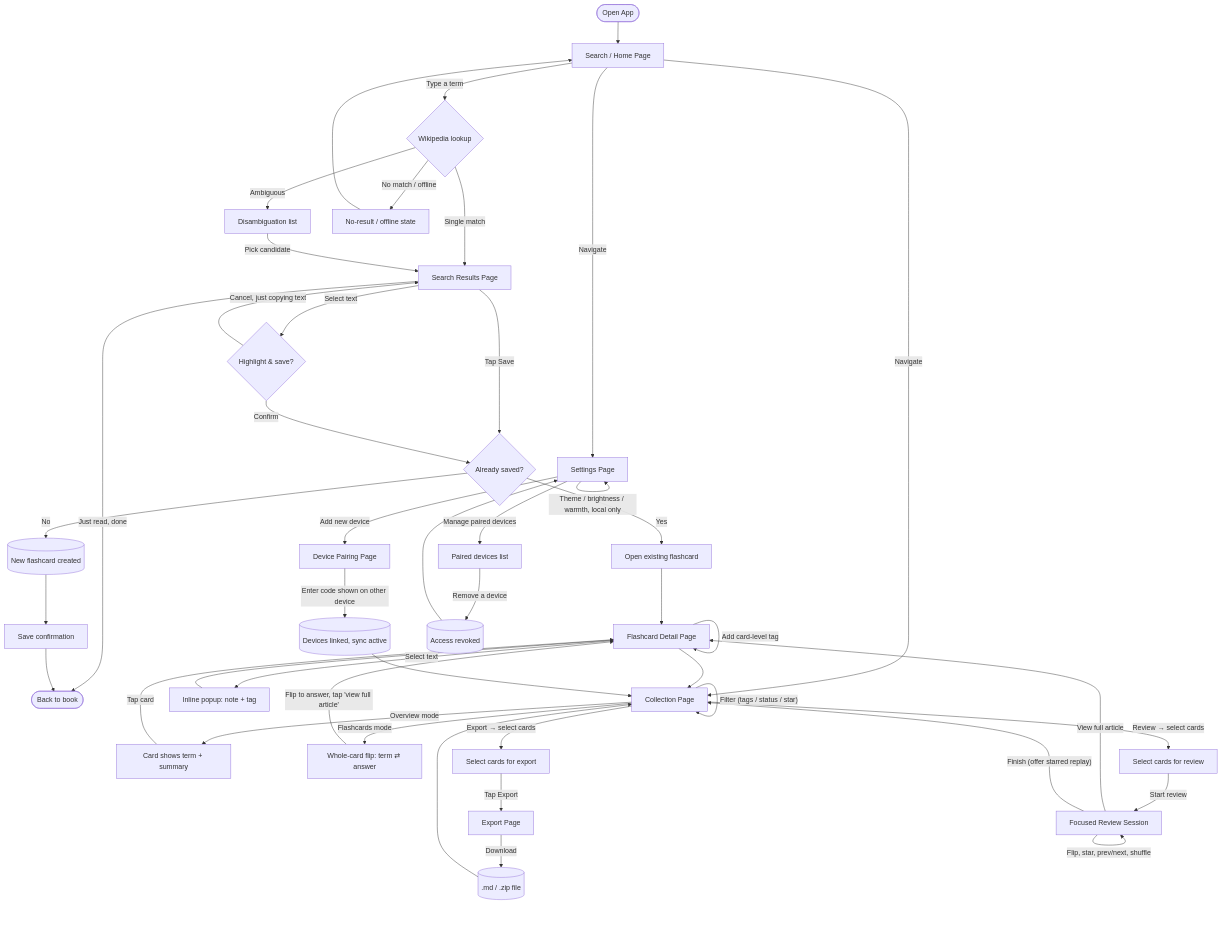
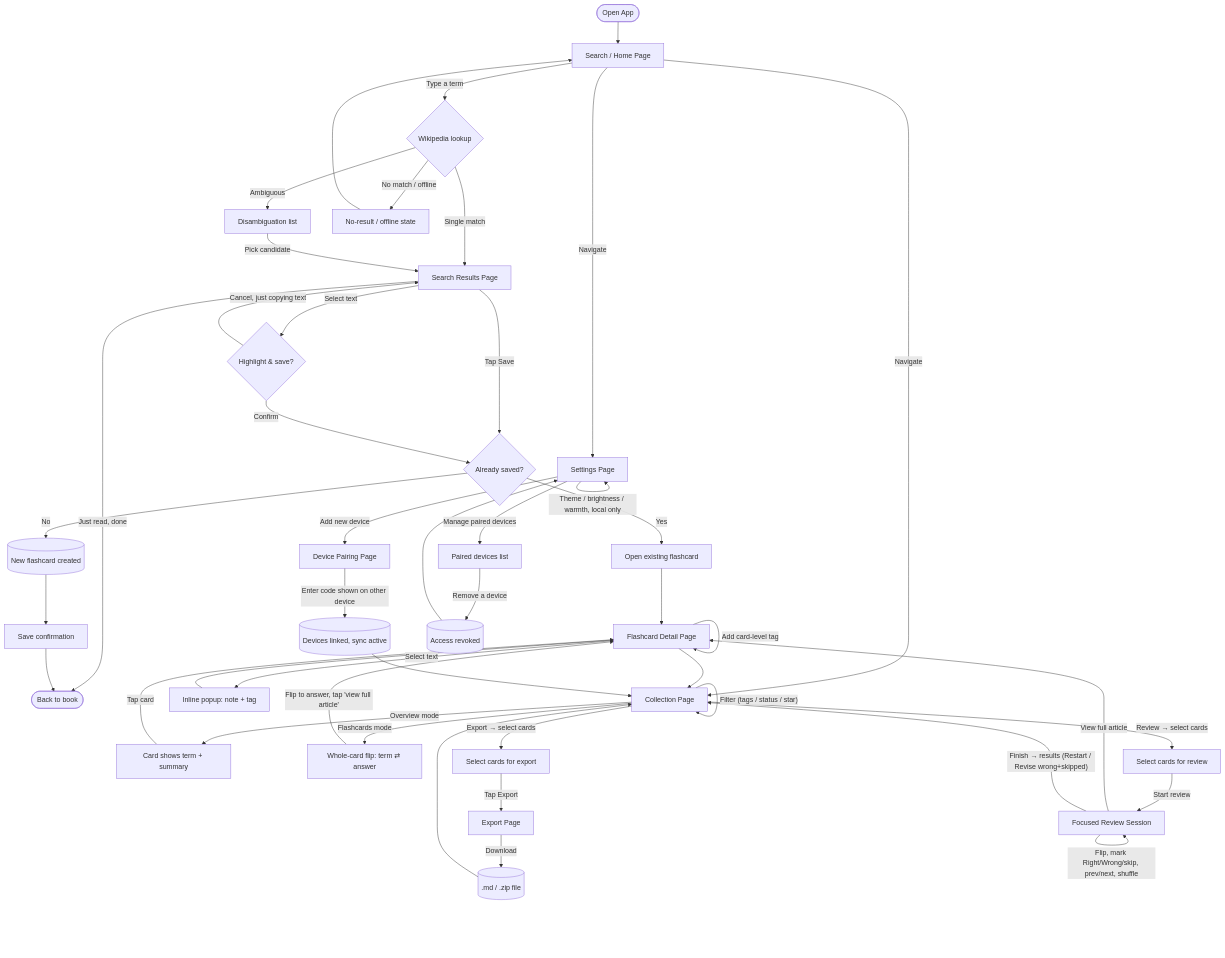
Before and after one commit to iloveexo159-bot/glossary: the diagram in PRD_WikiSearch_MVP.md, drawn with Mermaid. The commit also changed other lines of this file and 2 other files, not shown here.

First line of the commit message:
docs: sync design + PRD to app changes (inline save editor, review verdicts + results, whole-card flip)

````diff
--- a/PRD_WikiSearch_MVP.md
+++ b/PRD_WikiSearch_MVP.md
@@ -65,54 +65,54 @@
 ```mermaid
 flowchart TD
     Start(["Open App"]) --> Home["Search / Home Page"]
 
     Home -->|"Type a term"| Fetch{"Wikipedia lookup"}
     Fetch -->|"Single match"| Results["Search Results Page"]
     Fetch -->|"Ambiguous"| Disambig["Disambiguation list"]
     Fetch -->|"No match / offline"| NoResult["No-result / offline state"]
     Disambig -->|"Pick candidate"| Results
     NoResult --> Home
 
     Results -->|"Just read, done"| BackToBook(["Back to book"])
     Results -->|"Select text"| ConfirmHighlight{"Highlight & save?"}
     ConfirmHighlight -->|"Cancel, just copying text"| Results
     Results -->|"Tap Save"| CheckExisting{"Already saved?"}
     ConfirmHighlight -->|"Confirm"| CheckExisting
     CheckExisting -->|"Yes"| ExistingCard["Open existing flashcard"]
     CheckExisting -->|"No"| CardCreated[("New flashcard created")]
     ExistingCard --> Detail["Flashcard Detail Page"]
     CardCreated --> Toast["Save confirmation"]
     Toast --> BackToBook
 
     Home -->|"Navigate"| Collection["Collection Page"]
     Collection -->|"Overview mode"| OverviewState["Card shows term + summary"]
     Collection -->|"Flashcards mode"| FlipState["Whole-card flip: term ⇄ answer"]
     OverviewState -->|"Tap card"| Detail
     FlipState -->|"Flip to answer, tap 'view full article'"| Detail
     Collection -->|"Filter (tags / status / star)"| Collection
 
     Detail -->|"Select text"| Annotate["Inline popup: note + tag"]
     Annotate --> Detail
     Detail -->|"Add card-level tag"| Detail
     Detail --> Collection
 
     Collection -->|"Review → select cards"| ReviewSel["Select cards for review"]
     ReviewSel -->|"Start review"| Session["Focused Review Session"]
-    Session -->|"Flip, star, prev/next, shuffle"| Session
+    Session -->|"Flip, mark Right/Wrong/skip, prev/next, shuffle"| Session
     Session -->|"View full article"| Detail
-    Session -->|"Finish (offer starred replay)"| Collection
+    Session -->|"Finish → results (Restart / Revise wrong+skipped)"| Collection
 
     Collection -->|"Export → select cards"| MultiSelect["Select cards for export"]
     MultiSelect -->|"Tap Export"| ExportPage["Export Page"]
     ExportPage -->|"Download"| MdFiles[(".md / .zip file")]
     MdFiles --> Collection
 
     Home -->|"Navigate"| Settings["Settings Page"]
     Settings -->|"Theme / brightness / warmth, local only"| Settings
     Settings -->|"Add new device"| Pairing["Device Pairing Page"]
     Pairing -->|"Enter code shown on other device"| Synced[("Devices linked, sync active")]
     Synced --> Collection
     Settings -->|"Manage paired devices"| ManageDevices["Paired devices list"]
     ManageDevices -->|"Remove a device"| Revoked[("Access revoked")]
     Revoked --> Settings
 ```
````
